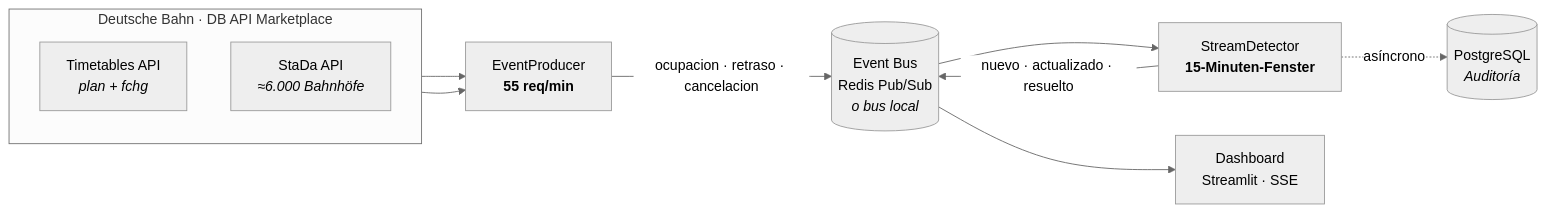
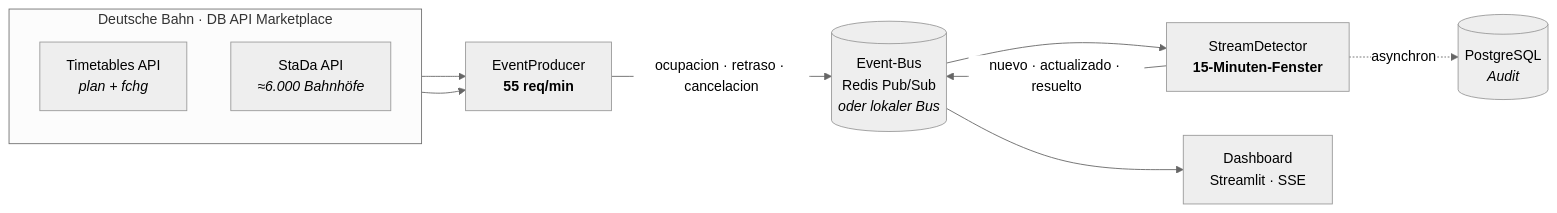
The diagram in README.md (dgoo24/Bahnsteigkonflikt-Alarm), drawn with Mermaid (neutral theme) before and after one commit. The commit also changed other lines of this file, not shown here.

````diff
--- a/README.md
+++ b/README.md
@@ -76,22 +76,22 @@
 ```mermaid
 flowchart LR
     subgraph DB["Deutsche Bahn · DB API Marketplace"]
         direction TB
         T["Timetables API<br/><i>plan + fchg</i>"]
         S["StaDa API<br/><i>≈6.000 Bahnhöfe</i>"]
     end
 
     P["EventProducer<br/><b>55 req/min</b>"]
-    B[("Event Bus<br/>Redis Pub/Sub<br/><i>o bus local</i>")]
+    B[("Event-Bus<br/>Redis Pub/Sub<br/><i>oder lokaler Bus</i>")]
     D["StreamDetector<br/><b>15-Minuten-Fenster</b>"]
     U["Dashboard<br/>Streamlit · SSE"]
-    A[("PostgreSQL<br/><i>Auditoría</i>")]
+    A[("PostgreSQL<br/><i>Audit</i>")]
 
     T --> P
     S --> P
     P -->|"ocupacion · retraso · cancelacion"| B
     B --> D
     D -->|"nuevo · actualizado · resuelto"| B
     B --> U
-    D -.->|"asíncrono"| A
+    D -.->|"asynchron"| A
 ```
````
